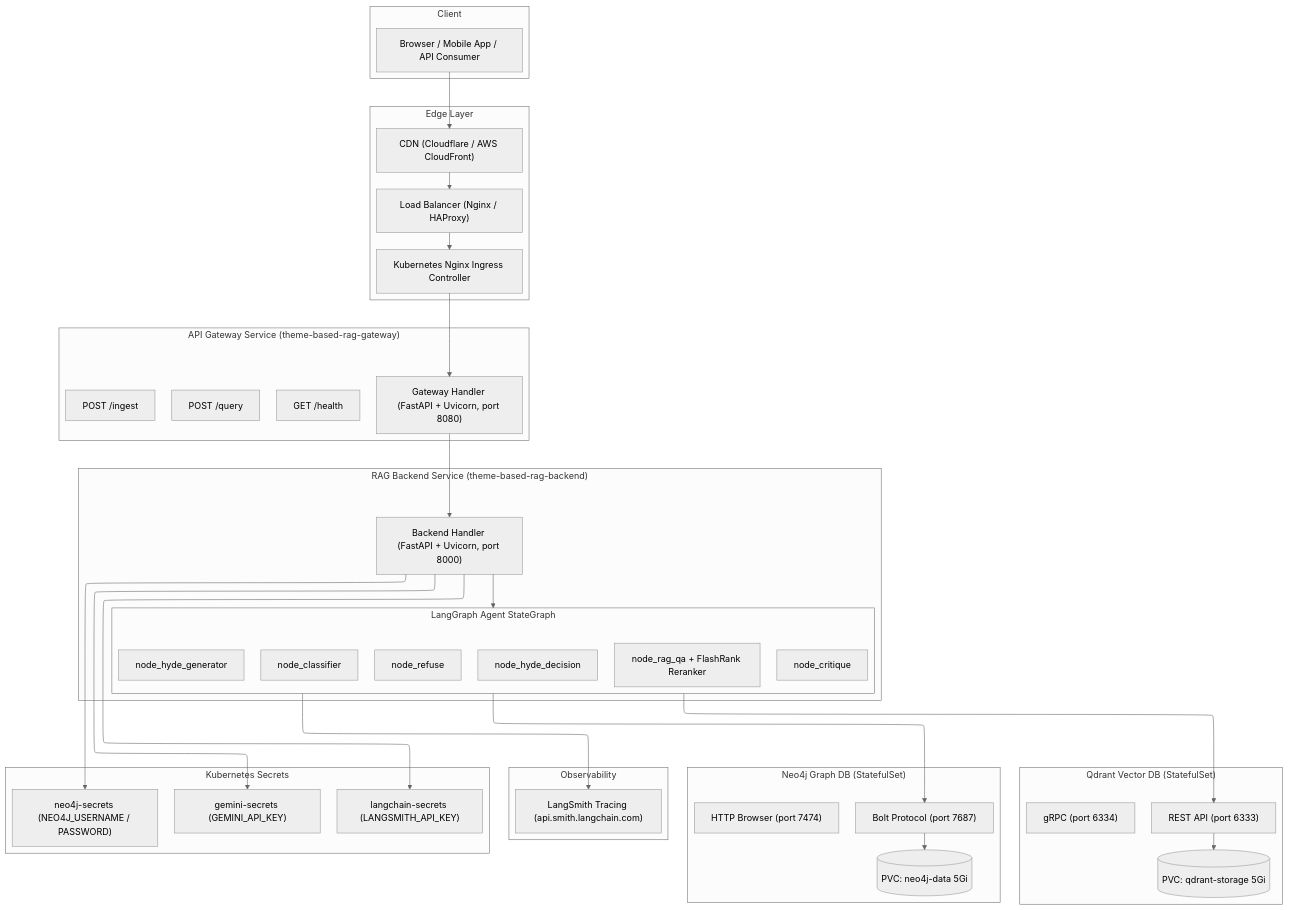
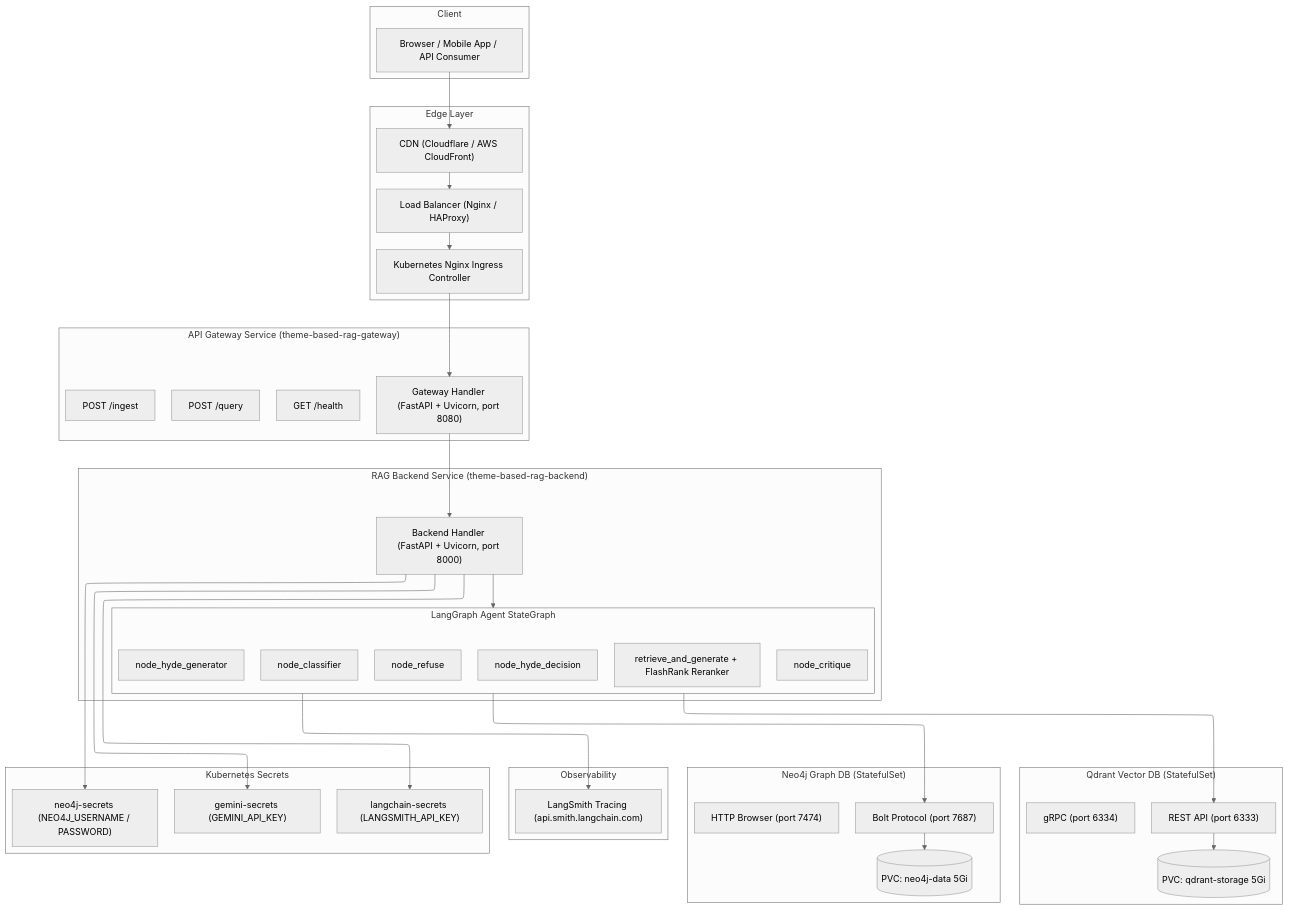
The second of 3 diagrams in README.md (boycececil666gmailcom/Enterprise-RAG-Engine), drawn with Mermaid before and after one commit. The commit also changed other lines of this file and 8 other files, not shown here.

````diff
--- a/README.md
+++ b/README.md
@@ -82,77 +82,77 @@
 ```mermaid
 ---
 config:
   layout: elk
   theme: neutral
 ---
 flowchart TB
 
     subgraph Client["Client"]
         User["Browser / Mobile App / API Consumer"]
     end
 
     subgraph Edge["Edge Layer"]
         CDN["CDN (Cloudflare / AWS CloudFront)"]
         LB["Load Balancer (Nginx / HAProxy)"]
         Ingress["Kubernetes Nginx Ingress Controller"]
     end
 
     subgraph GatewaySvc["API Gateway Service (theme-based-rag-gateway)"]
         GW["Gateway Handler (FastAPI + Uvicorn, port 8080)"]
         GWQuery["POST /query"]
         GWIngest["POST /ingest"]
         GWHealth["GET /health"]
     end
 
     subgraph BackendSvc["RAG Backend Service (theme-based-rag-backend)"]
         BE["Backend Handler (FastAPI + Uvicorn, port 8000)"]
         subgraph AgentGraph["LangGraph Agent StateGraph"]
             Classifier["node_classifier"]
             HyDEDecision["node_hyde_decision"]
             HyDEGen["node_hyde_generator"]
-            RAGQA["node_rag_qa + FlashRank Reranker"]
+            RAGQA["retrieve_and_generate + FlashRank Reranker"]
             Critique["node_critique"]
             Refuse["node_refuse"]
         end
     end
 
     subgraph VectorStore["Qdrant Vector DB (StatefulSet)"]
         QdrantAPI["REST API (port 6333)"]
         QdrantGRPC["gRPC (port 6334)"]
         QdrantPVC[("PVC: qdrant-storage 5Gi")]
     end
 
     subgraph GraphStore["Neo4j Graph DB (StatefulSet)"]
         Neo4jBolt["Bolt Protocol (port 7687)"]
         Neo4jHTTP["HTTP Browser (port 7474)"]
         Neo4jPVC[("PVC: neo4j-data 5Gi")]
     end
 
     subgraph Observability["Observability"]
         LangSmith["LangSmith Tracing (api.smith.langchain.com)"]
     end
 
     subgraph SecretsLayer["Kubernetes Secrets"]
         GeminiSec["gemini-secrets (GEMINI_API_KEY)"]
         LangchainSec["langchain-secrets (LANGSMITH_API_KEY)"]
         Neo4jSec["neo4j-secrets (NEO4J_USERNAME / PASSWORD)"]
     end
 
     User --> CDN
     CDN --> LB
     LB --> Ingress
     Ingress --> GW
 
     GW --> BE
     BE --> AgentGraph
     AgentGraph --> QdrantAPI
     AgentGraph --> Neo4jBolt
     AgentGraph --> LangSmith
 
     QdrantAPI --> QdrantPVC
     Neo4jBolt --> Neo4jPVC
 
     BE --> GeminiSec
     BE --> LangchainSec
     BE --> Neo4jSec
 ```
````
